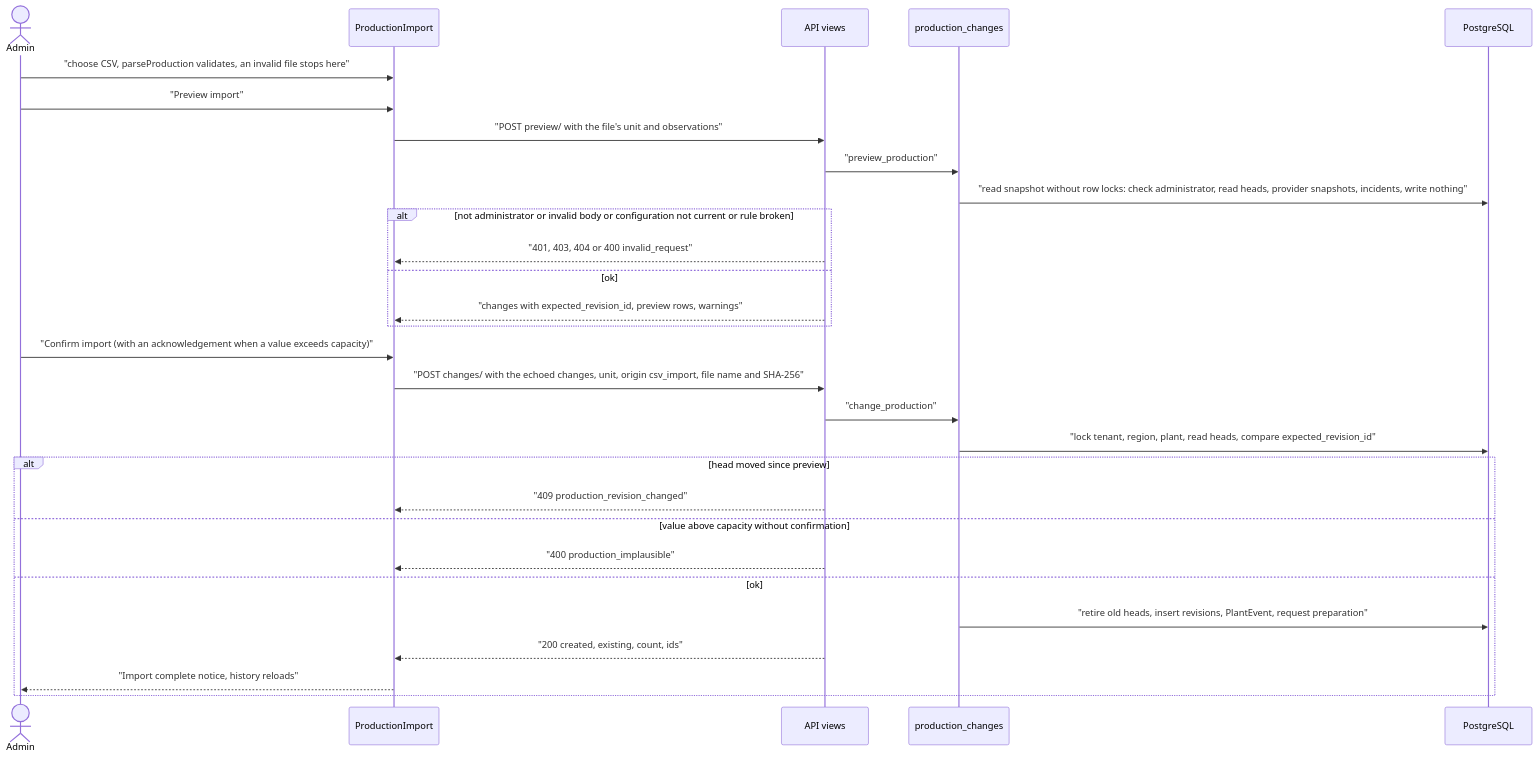
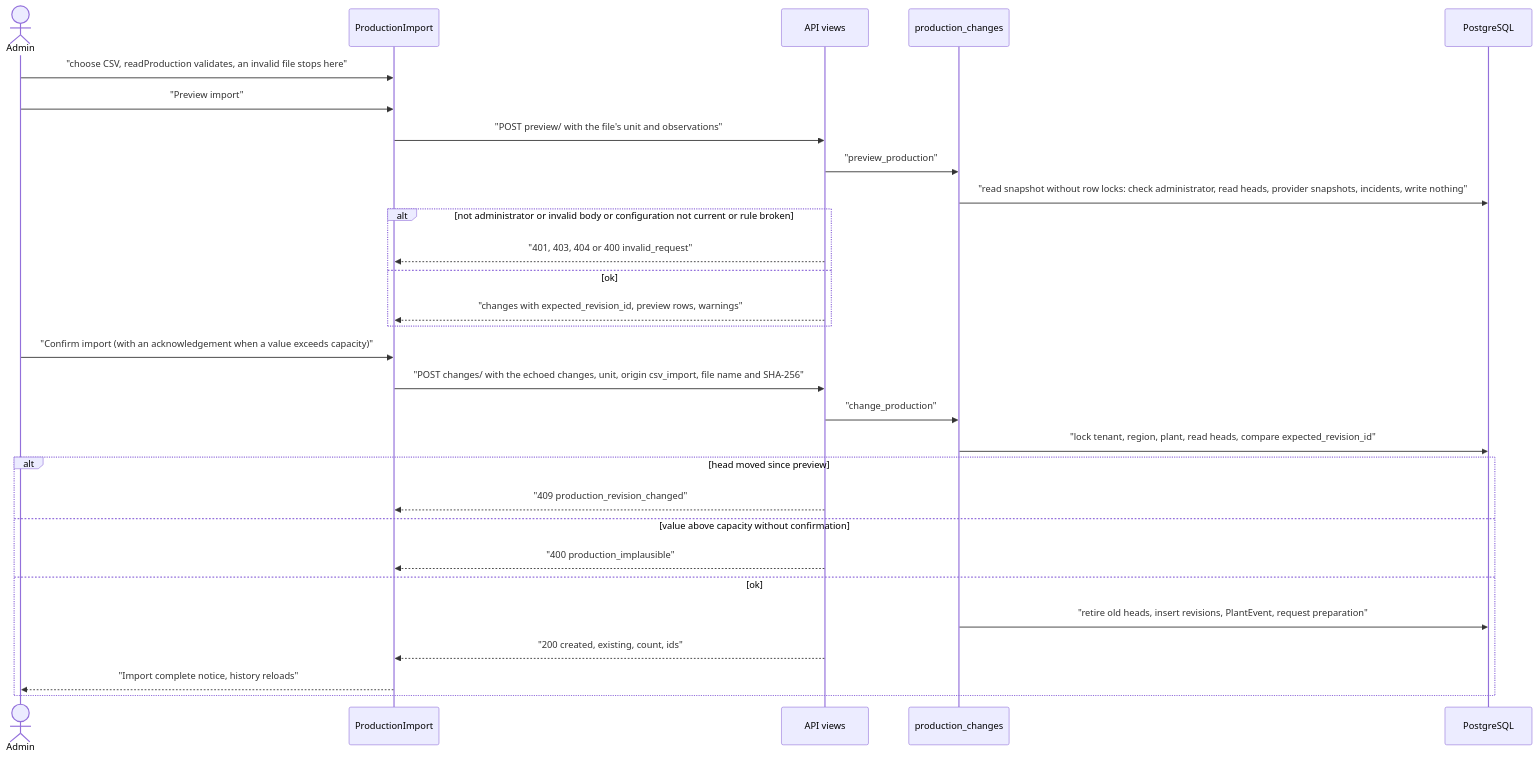
Before and after one commit to erkurtharun/pyracast: the diagram in docs/flows/production-csv-import.md, drawn with Mermaid. The commit also changed other lines of this file and 52 other files, not shown here.

First line of the commit message:
Bring the flow pages up to date with the session, forecast and mail changes (#200)

````diff
--- a/docs/flows/production-csv-import.md
+++ b/docs/flows/production-csv-import.md
@@ -14,31 +14,31 @@
 ```mermaid
 sequenceDiagram
     actor A as Admin
     participant UI as ProductionImport
     participant V as API views
     participant P as production_changes
     participant DB as PostgreSQL
-    A->>UI: "choose CSV, parseProduction validates, an invalid file stops here"
+    A->>UI: "choose CSV, readProduction validates, an invalid file stops here"
     A->>UI: "Preview import"
     UI->>V: "POST preview/ with the file's unit and observations"
     V->>P: "preview_production"
     P->>DB: "read snapshot without row locks: check administrator, read heads, provider snapshots, incidents, write nothing"
     alt not administrator or invalid body or configuration not current or rule broken
         V-->>UI: "401, 403, 404 or 400 invalid_request"
     else ok
         V-->>UI: "changes with expected_revision_id, preview rows, warnings"
     end
     A->>UI: "Confirm import (with an acknowledgement when a value exceeds capacity)"
     UI->>V: "POST changes/ with the echoed changes, unit, origin csv_import, file name and SHA-256"
     V->>P: "change_production"
     P->>DB: "lock tenant, region, plant, read heads, compare expected_revision_id"
     alt head moved since preview
         V-->>UI: "409 production_revision_changed"
     else value above capacity without confirmation
         V-->>UI: "400 production_implausible"
     else ok
         P->>DB: "retire old heads, insert revisions, PlantEvent, request preparation"
         V-->>UI: "200 created, existing, count, ids"
         UI-->>A: "Import complete notice, history reloads"
     end
 ```
````
